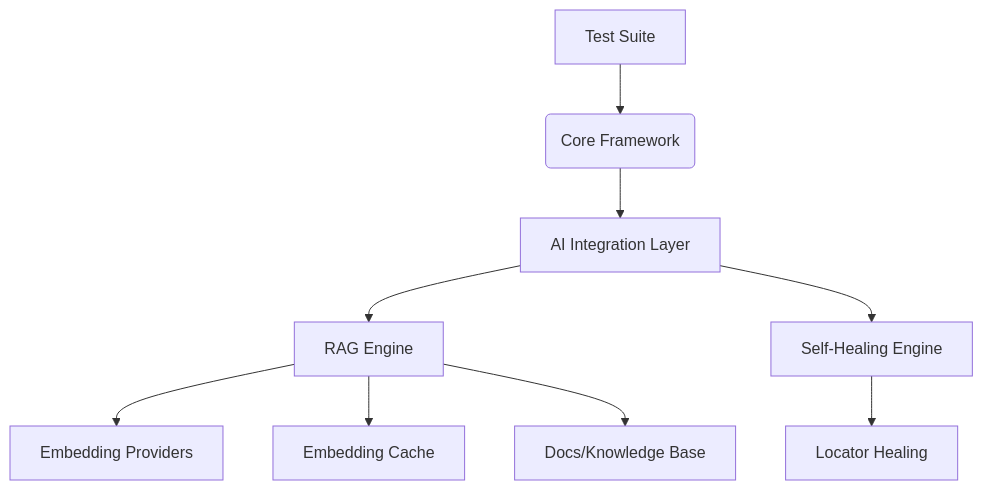
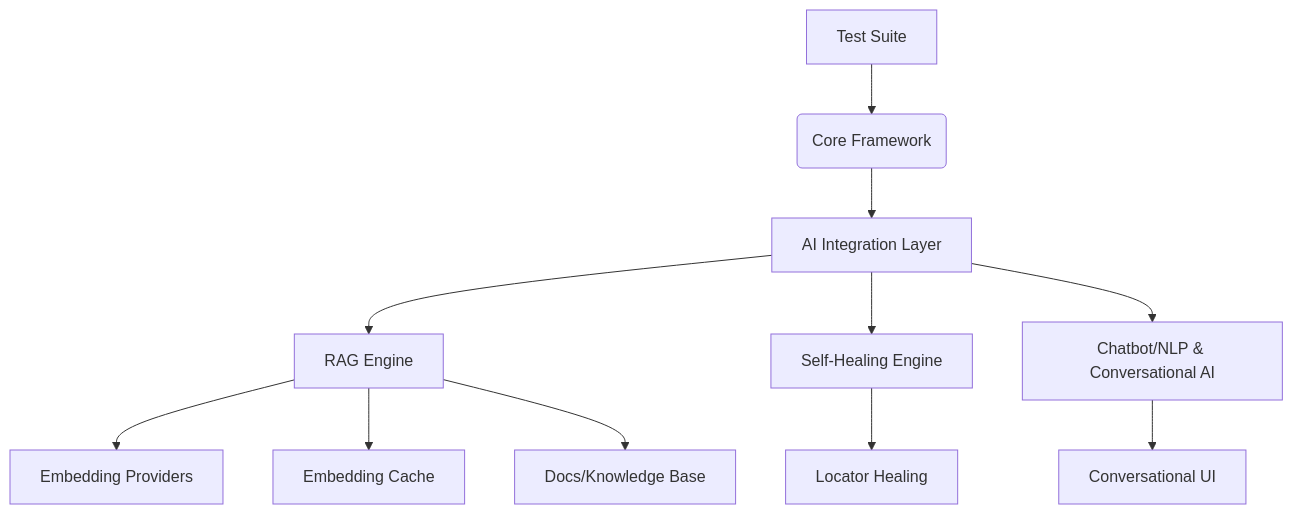
The diagram in README.md (K11-Software-Solutions/k11TechLab-selenium-java-fullstack-framework), drawn with Mermaid before and after one commit. The commit also changed other lines of this file, not shown here.

Commit message:
Add Chatbot/NLP & Conversational AI to AI-Powered Features section

````diff
--- a/README.md
+++ b/README.md
@@ -52,11 +57,13 @@
 ```mermaid
 flowchart TD
    A[Test Suite] --> B(Core Framework)
    B --> C[AI Integration Layer]
    C --> D[RAG Engine]
    C --> E[Self-Healing Engine]
+   C --> J[Chatbot/NLP & Conversational AI]
    D --> F[Embedding Providers]
    D --> G[Embedding Cache]
    D --> H[Docs/Knowledge Base]
    E --> I[Locator Healing]
+   J --> K[Conversational UI]
 ```
````
